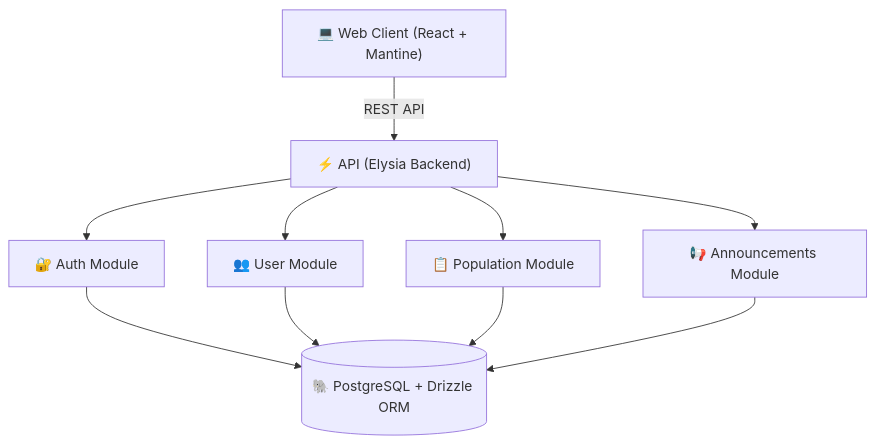
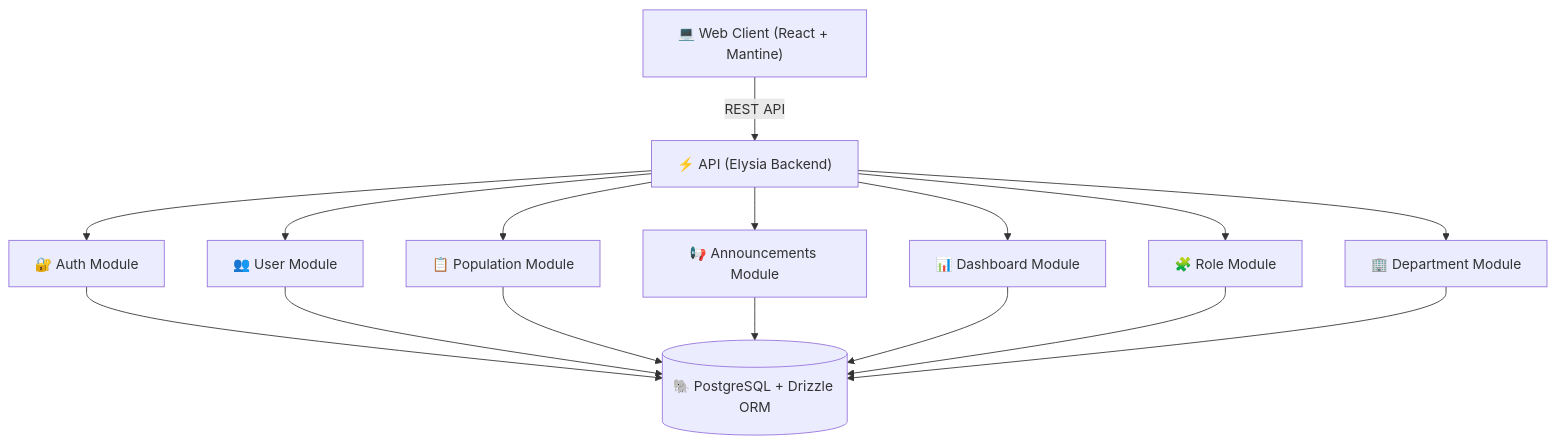
The diagram in README.md (FakhriF/civic-os), drawn with Mermaid before and after one commit. The commit also changed other lines of this file and 3 other files, not shown here.

First line of the commit message:
docs: reconcile ADR list, module diagrams, and app READMEs

````diff
--- a/README.md
+++ b/README.md
@@ -12,20 +12,29 @@
 ```mermaid
 graph TD
     Client["💻 Web Client (React + Mantine)"]
     API["⚡ API (Elysia Backend)"]
     Auth["🔐 Auth Module"]
     Users["👥 User Module"]
     Pop["📋 Population Module"]
     Ann["📢 Announcements Module"]
+    Dash["📊 Dashboard Module"]
+    Role["🧩 Role Module"]
+    Dept["🏢 Department Module"]
     DB[("🐘 PostgreSQL + Drizzle ORM")]
 
     Client -->|REST API| API
     API --> Auth
     API --> Users
     API --> Pop
     API --> Ann
+    API --> Dash
+    API --> Role
+    API --> Dept
     Auth --> DB
     Users --> DB
     Pop --> DB
     Ann --> DB
+    Dash --> DB
+    Role --> DB
+    Dept --> DB
 ```
````
